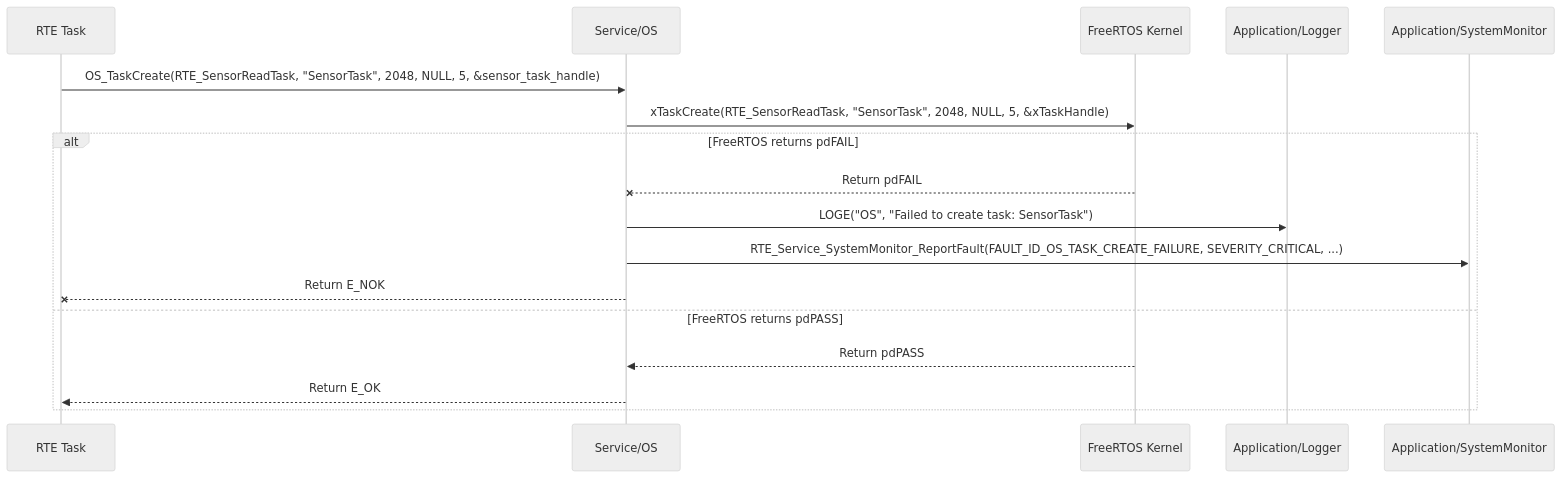
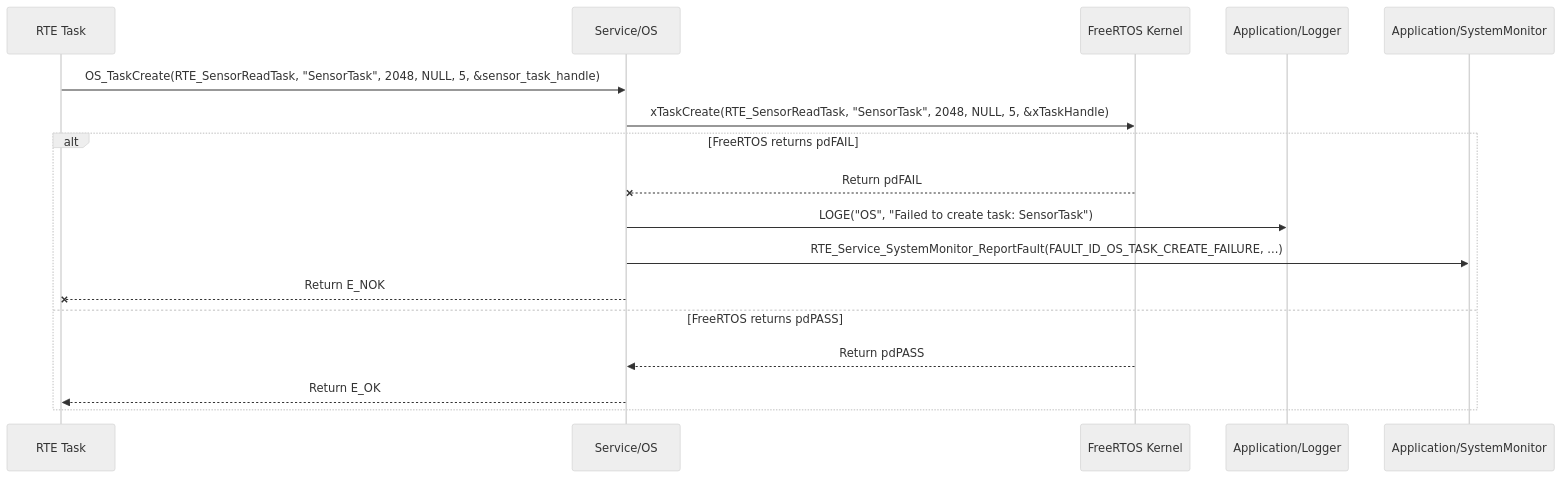
Before and after one commit to ashaker-2/Platform: the diagram in Requiremets/Design/Service/OS.md, drawn with Mermaid (neutral theme). The commit also changed other lines of this file and 79 other files, not shown here.

````diff
--- a/Requiremets/Design/Service/OS.md
+++ b/Requiremets/Design/Service/OS.md
@@ -286,20 +289,20 @@
 ```mermaid
 sequenceDiagram  
     participant RTE_AppInitTask as RTE Task  
     participant OS as Service/OS  
     participant FreeRTOS as FreeRTOS Kernel  
     participant Logger as Application/Logger  
     participant SystemMonitor as Application/SystemMonitor
 
     RTE_AppInitTask->>OS: OS_TaskCreate(RTE_SensorReadTask, "SensorTask", 2048, NULL, 5, &sensor_task_handle)  
     OS->>FreeRTOS: xTaskCreate(RTE_SensorReadTask, "SensorTask", 2048, NULL, 5, &xTaskHandle)  
     alt FreeRTOS returns pdFAIL  
         FreeRTOS--xOS: Return pdFAIL  
         OS->>Logger: LOGE("OS", "Failed to create task: SensorTask")  
-        OS->>SystemMonitor: RTE_Service_SystemMonitor_ReportFault(FAULT_ID_OS_TASK_CREATE_FAILURE, SEVERITY_CRITICAL, ...)  
+        OS->>SystemMonitor: RTE_Service_SystemMonitor_ReportFault(FAULT_ID_OS_TASK_CREATE_FAILURE,  ...)  
         OS--xRTE_AppInitTask: Return E_NOK  
     else FreeRTOS returns pdPASS  
         FreeRTOS-->>OS: Return pdPASS  
         OS-->>RTE_AppInitTask: Return E_OK  
     end
 ```
````
